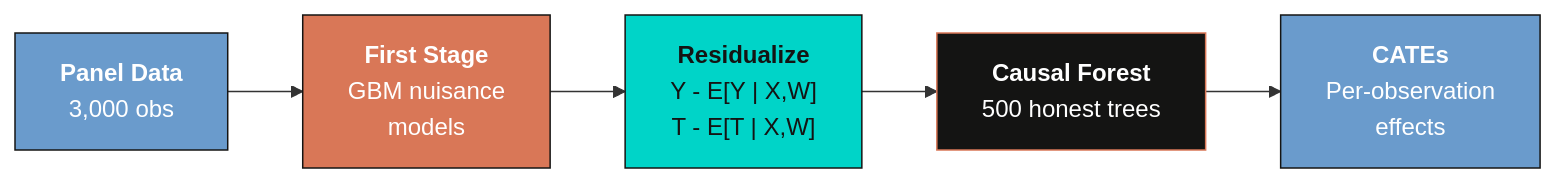
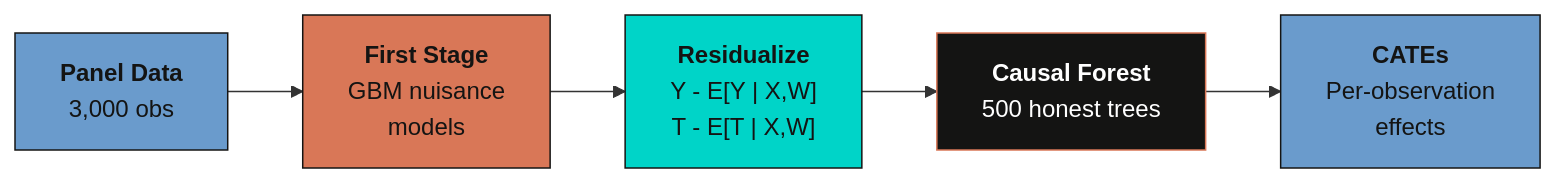
One commit to cmg777/starter-academic-v501 changed the diagram in content/post/python_EconML/index.md. Above: the diagram before and after it, drawn with Mermaid. The commit also changed 67 other files, not shown here.

First line of the commit message:
fix(mermaid): readable diagram text in both themes across the site

````diff
--- a/content/post/python_EconML/index.md
+++ b/content/post/python_EconML/index.md
@@ -314,16 +314,16 @@
 ```mermaid
 flowchart LR
     A["<b>Panel Data</b><br/>3,000 obs"]:::data
     B["<b>First Stage</b><br/>GBM nuisance<br/>models"]:::first
     C["<b>Residualize</b><br/>Y - E[Y | X,W]<br/>T - E[T | X,W]"]:::resid
     D["<b>Causal Forest</b><br/>500 honest trees"]:::forest
     E["<b>CATEs</b><br/>Per-observation<br/>effects"]:::cate
 
     A --> B --> C --> D --> E
 
-    classDef data fill:#6a9bcc,stroke:#141413,color:#fff
-    classDef first fill:#d97757,stroke:#141413,color:#fff
+    classDef data fill:#6a9bcc,stroke:#141413,color:#141413
+    classDef first fill:#d97757,stroke:#141413,color:#141413
     classDef resid fill:#00d4c8,stroke:#141413,color:#141413
     classDef forest fill:#141413,stroke:#d97757,color:#fff
-    classDef cate fill:#6a9bcc,stroke:#141413,color:#fff
+    classDef cate fill:#6a9bcc,stroke:#141413,color:#141413
 ```
````
